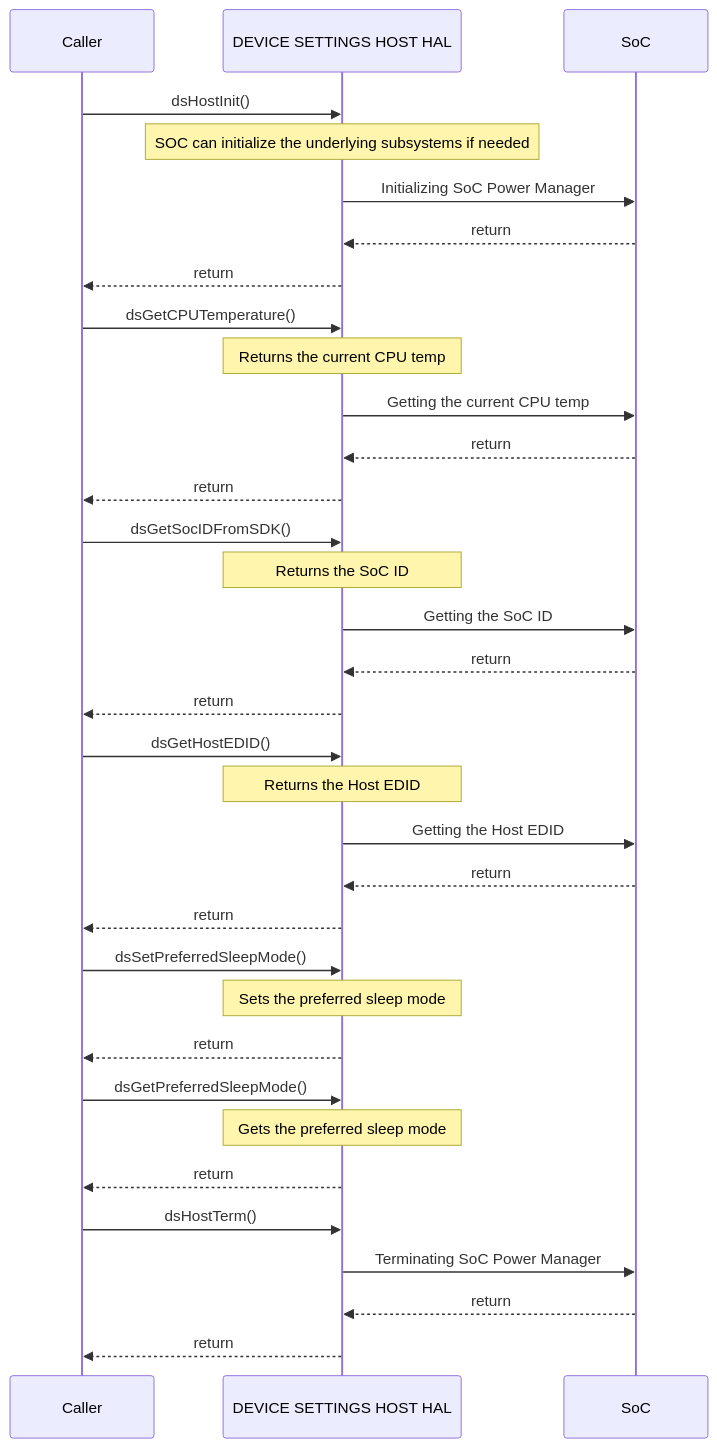
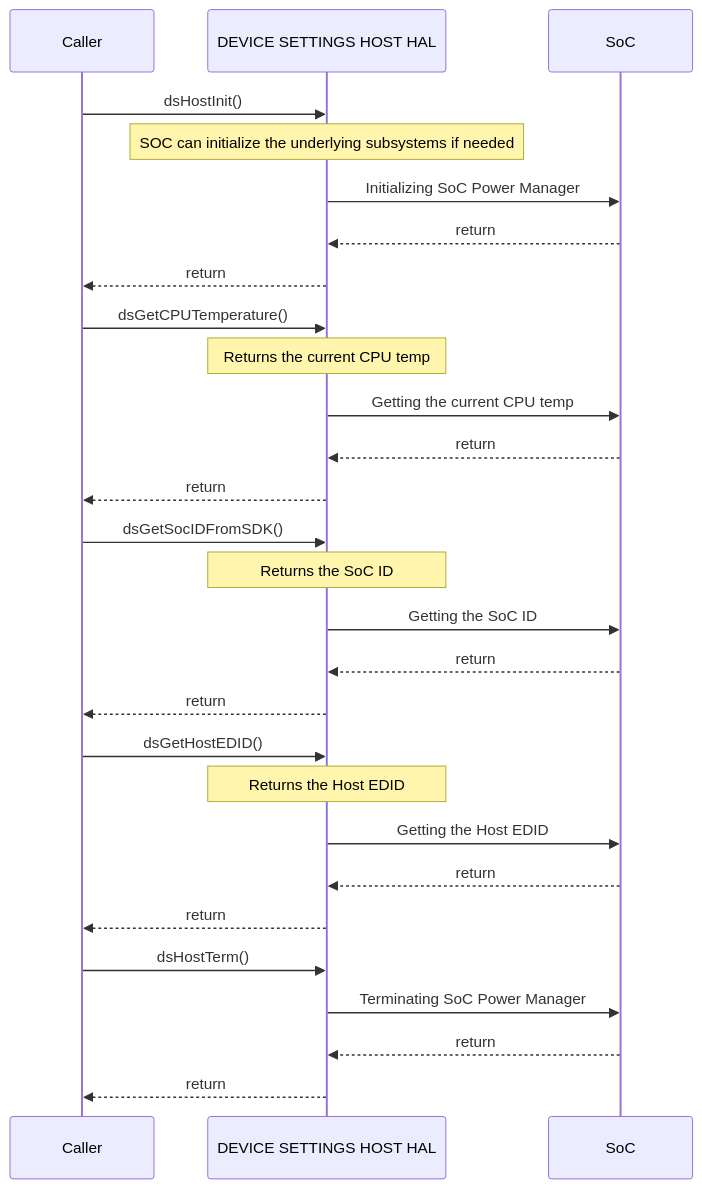
One commit to rdkcentral/rdk-halif-device_settings changed the second of 2 diagrams in docs/pages/ds-host_halSpec.md. Above: the diagram before and after it, drawn with Mermaid. The commit also changed other lines of this file and 2 other files, not shown here.

````diff
--- a/docs/pages/ds-host_halSpec.md
+++ b/docs/pages/ds-host_halSpec.md
@@ -166,37 +164,31 @@
 ```mermaid
 %%{ init : { "theme" : "default", "flowchart" : { "curve" : "stepBefore" }}}%%
    sequenceDiagram
     participant Caller as Caller
     participant HAL as DEVICE SETTINGS HOST HAL
     participant Driver as SoC
     Caller->>HAL:dsHostInit()
     Note over HAL: SOC can initialize the underlying subsystems if needed
     HAL->>Driver:Initializing SoC Power Manager
     Driver-->>HAL:return
     HAL-->>Caller:return
     Caller->>HAL:dsGetCPUTemperature()
     Note over HAL: Returns the current CPU temp
     HAL->>Driver:Getting the current CPU temp
     Driver-->>HAL:return
     HAL-->>Caller:return
     Caller->>HAL:dsGetSocIDFromSDK()
     Note over HAL: Returns the SoC ID
     HAL->>Driver:Getting the SoC ID
     Driver-->>HAL:return
     HAL-->>Caller:return
     Caller->>HAL:dsGetHostEDID()
     Note over HAL: Returns the Host EDID
     HAL->>Driver:Getting the Host EDID
     Driver-->>HAL:return
     HAL-->>Caller:return
-    Caller ->>HAL:dsSetPreferredSleepMode()
-    Note over HAL: Sets the preferred sleep mode
-    HAL-->>Caller:return
-    Caller ->>HAL:dsGetPreferredSleepMode()
-    Note over HAL: Gets the preferred sleep mode
-    HAL-->>Caller:return
     Caller ->>HAL:dsHostTerm()
     HAL->>Driver:Terminating SoC Power Manager
     Driver-->>HAL:return
     HAL-->>Caller:return
  ```
````
